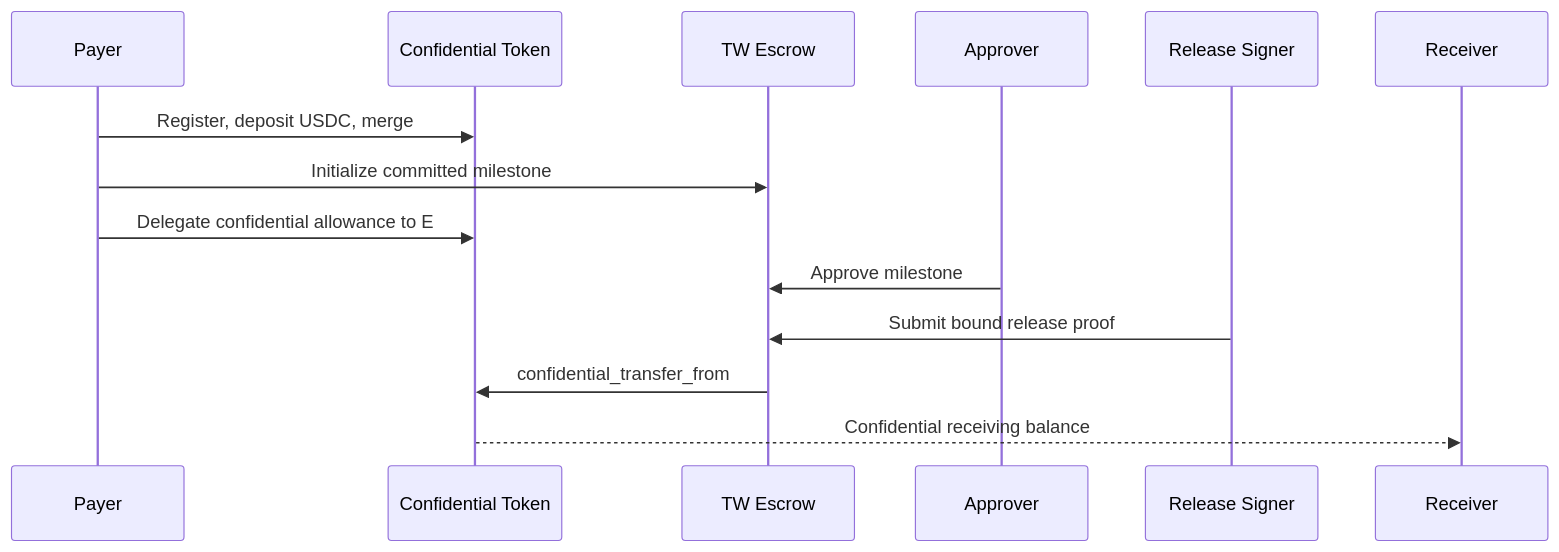
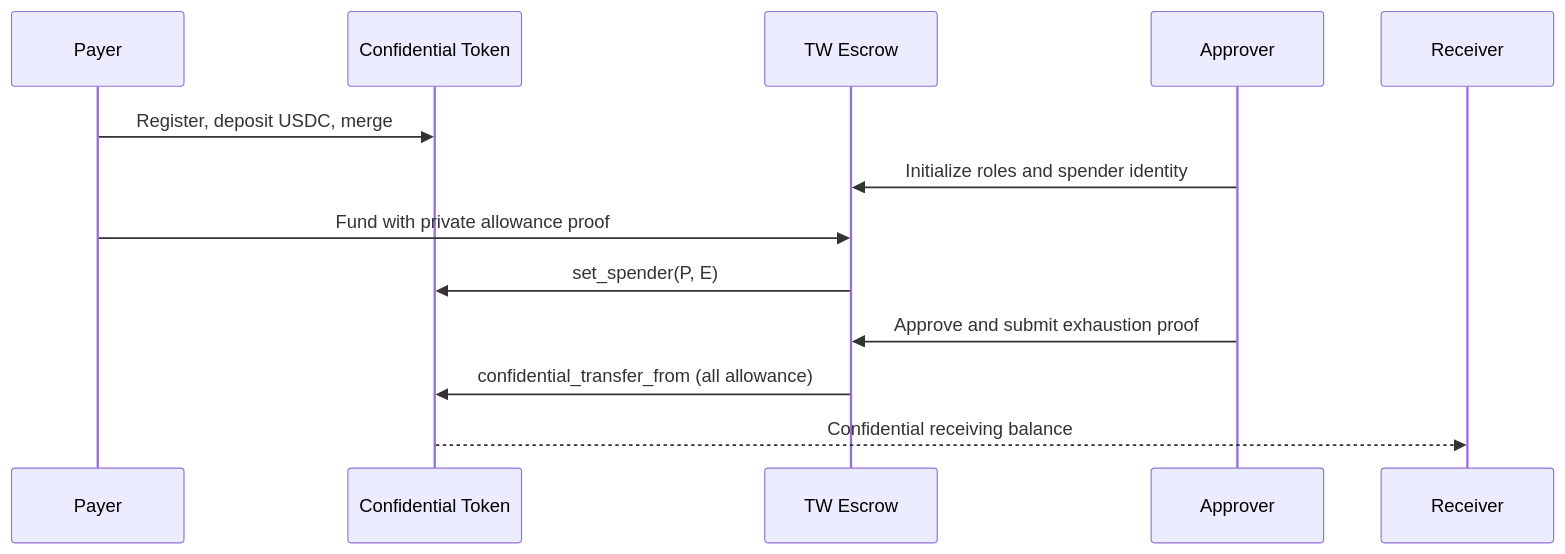
One commit to Trustless-Work/privacy-poc changed the second of 3 diagrams in docs/architecture.md. Above: the diagram before and after it, drawn with Mermaid. The commit also changed other lines of this file and 189 other files, not shown here.

````diff
--- a/docs/architecture.md
+++ b/docs/architecture.md
@@ -35,16 +35,15 @@
 ```mermaid
 sequenceDiagram
     participant P as Payer
     participant C as Confidential Token
     participant E as TW Escrow
     participant A as Approver
-    participant S as Release Signer
     participant R as Receiver
     P->>C: Register, deposit USDC, merge
-    P->>E: Initialize committed milestone
-    P->>C: Delegate confidential allowance to E
-    A->>E: Approve milestone
-    S->>E: Submit bound release proof
-    E->>C: confidential_transfer_from
+    A->>E: Initialize roles and spender identity
+    P->>E: Fund with private allowance proof
+    E->>C: set_spender(P, E)
+    A->>E: Approve and submit exhaustion proof
+    E->>C: confidential_transfer_from (all allowance)
     C-->>R: Confidential receiving balance
 ```
````
